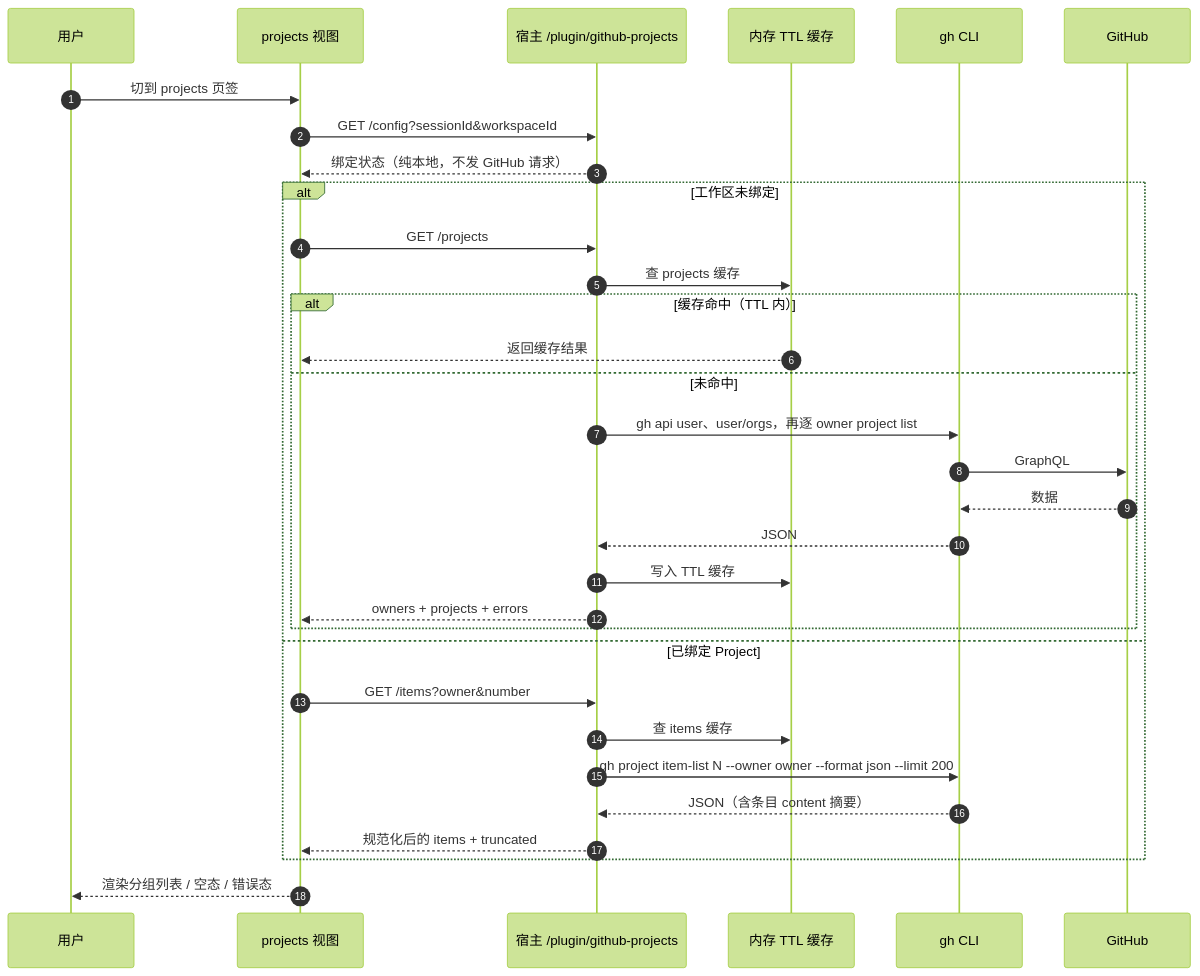
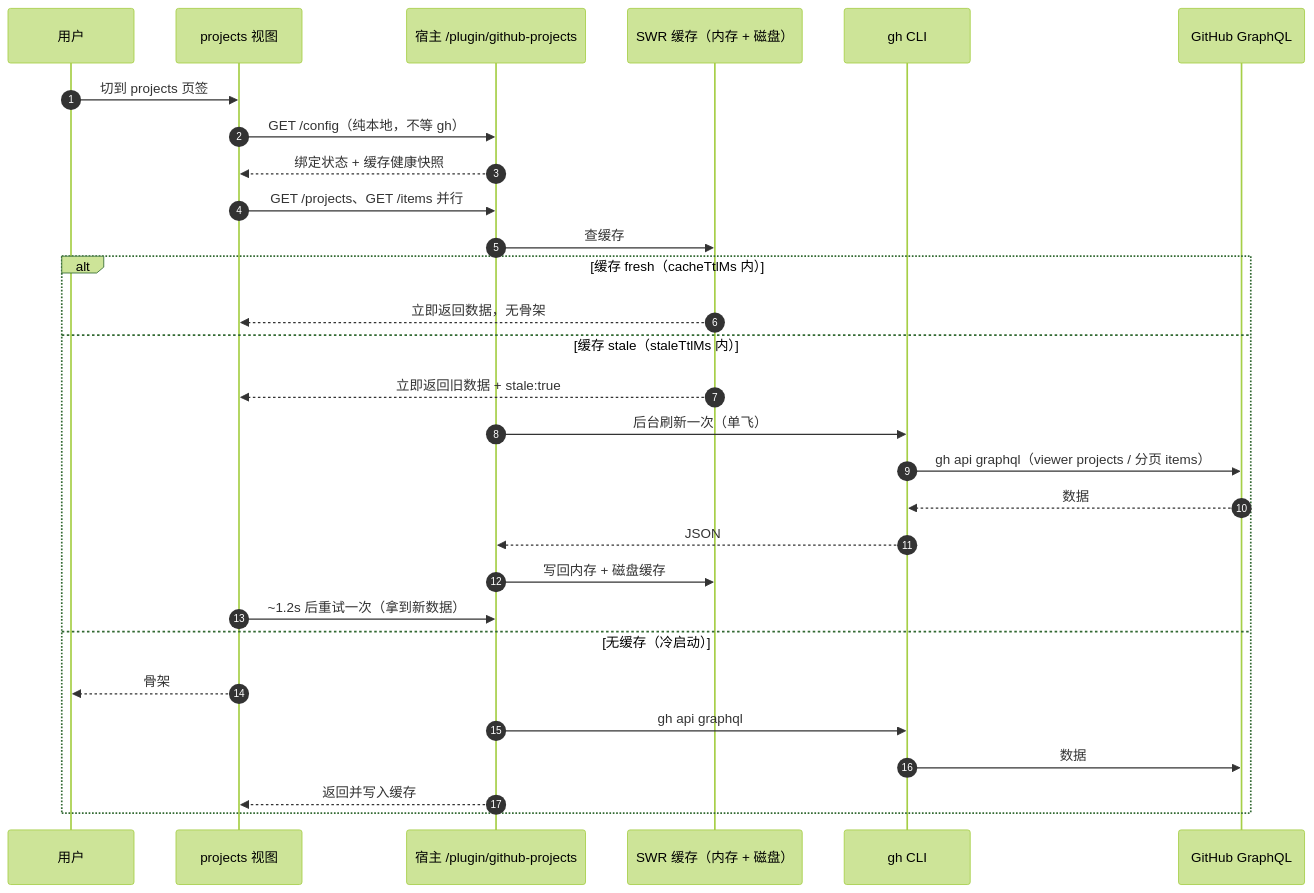
Before and after one commit to ceasarXuu/dsh-github-projects: the sixth of 7 diagrams in docs/DESIGN.zh.md, drawn with Mermaid (forest theme). The commit also changed other lines of this file and 24 other files, not shown here.

````diff
--- a/docs/DESIGN.zh.md
+++ b/docs/DESIGN.zh.md
@@ -694,35 +846,32 @@
 ```mermaid
 sequenceDiagram
     autonumber
     participant U as 用户
     participant V as projects 视图
     participant H as 宿主 /plugin/github-projects
-    participant C as 内存 TTL 缓存
+    participant C as SWR 缓存（内存 + 磁盘）
     participant G as gh CLI
-    participant X as GitHub
+    participant X as GitHub GraphQL
 
     U->>V: 切到 projects 页签
-    V->>H: GET /config?sessionId&workspaceId
-    H-->>V: 绑定状态（纯本地，不发 GitHub 请求）
-    alt 工作区未绑定
-        V->>H: GET /projects
-        H->>C: 查 projects 缓存
-        alt 缓存命中（TTL 内）
-            C-->>V: 返回缓存结果
-        else 未命中
-            H->>G: gh api user、user/orgs，再逐 owner project list
-            G->>X: GraphQL
-            X-->>G: 数据
-            G-->>H: JSON
-            H->>C: 写入 TTL 缓存
-            H-->>V: owners + projects + errors
-        end
-    else 已绑定 Project
-        V->>H: GET /items?owner&number
-        H->>C: 查 items 缓存
-        H->>G: gh project item-list N --owner owner --format json --limit 200
-        G-->>H: JSON（含条目 content 摘要）
-        H-->>V: 规范化后的 items + truncated
+    V->>H: GET /config（纯本地，不等 gh）
+    H-->>V: 绑定状态 + 缓存健康快照
+    V->>H: GET /projects、GET /items 并行
+    H->>C: 查缓存
+    alt 缓存 fresh（cacheTtlMs 内）
+        C-->>V: 立即返回数据，无骨架
+    else 缓存 stale（staleTtlMs 内）
+        C-->>V: 立即返回旧数据 + stale:true
+        H->>G: 后台刷新一次（单飞）
+        G->>X: gh api graphql（viewer projects / 分页 items）
+        X-->>G: 数据
+        G-->>H: JSON
+        H->>C: 写回内存 + 磁盘缓存
+        V->>H: ~1.2s 后重试一次（拿到新数据）
+    else 无缓存（冷启动）
+        V-->>U: 骨架
+        H->>G: gh api graphql
+        G->>X: 数据
+        H-->>V: 返回并写入缓存
     end
-    V-->>U: 渲染分组列表 / 空态 / 错误态
 ```
````
